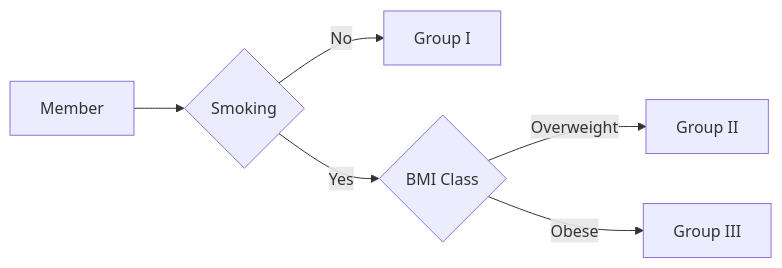
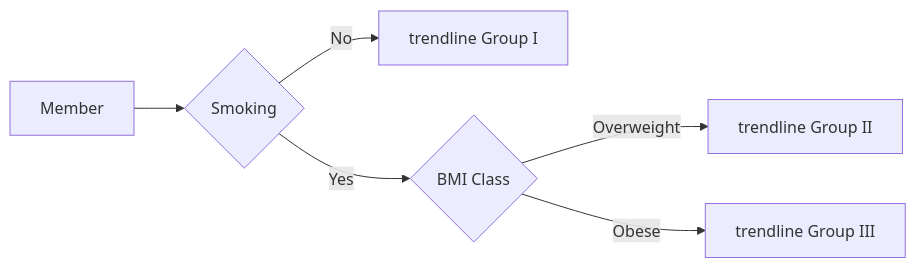
The diagram in posts/03-project-insurance-cost-part-1/index.qmd (ariewjy/ariewjy.github.io), drawn with Mermaid before and after one commit. The commit also changed other lines of this file and 5 other files, not shown here.

````diff
--- a/posts/03-project-insurance-cost-part-1/index.qmd
+++ b/posts/03-project-insurance-cost-part-1/index.qmd
@@ -544,9 +546,9 @@
 ```{mermaid}
 %%| echo: false
 flowchart LR
     A[Member] --> B{Smoking}
-    B --> |No| C[Group I]
+    B --> |No| C[trendline Group I]
     B --> |Yes| D{BMI Class}
-    D --> |Overweight| E[Group II]
-    D --> |Obese| F[Group III]
+    D --> |Overweight| E[trendline Group II]
+    D --> |Obese| F[trendline Group III]
 ```
````
